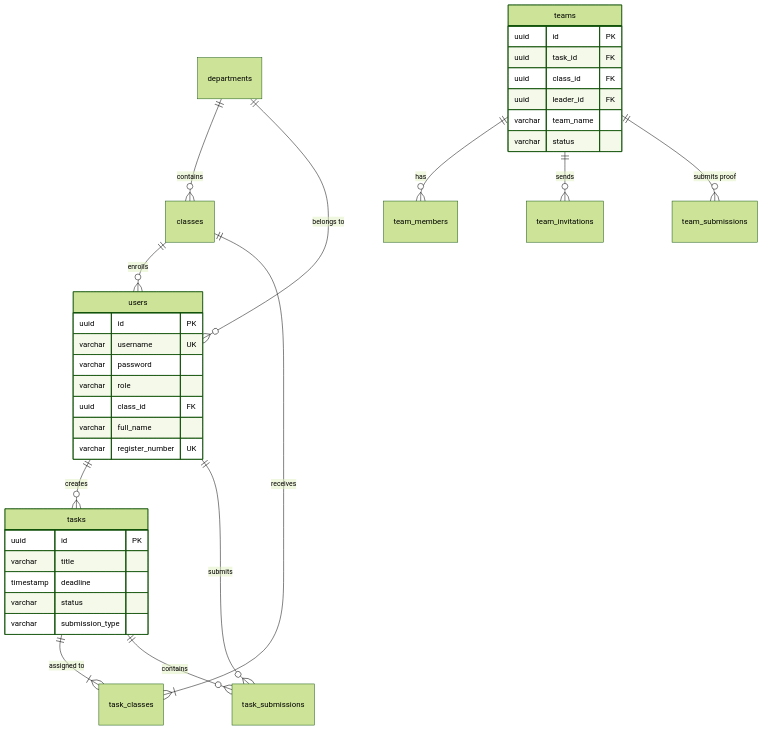
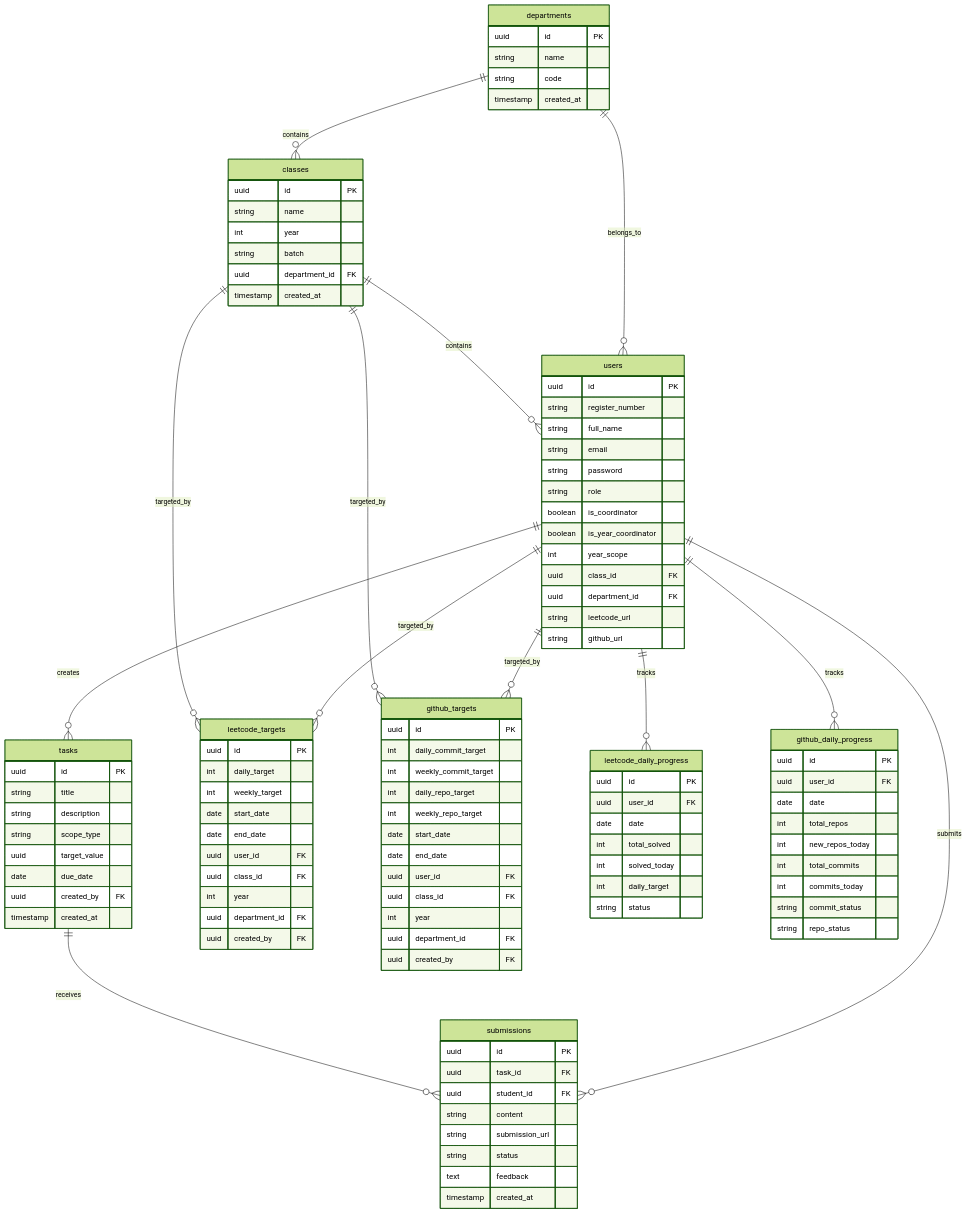
Before and after one commit to Tharun4743/IT_taskmanager: the fourth of 4 diagrams in README.md, drawn with Mermaid (forest theme). The commit also changed other lines of this file and 19 other files, not shown here.

````diff
--- a/README.md
+++ b/README.md
@@ -193,39 +163,119 @@
 ```mermaid
 erDiagram
-    departments ||--o{ classes : "contains"
-    departments ||--o{ users : "belongs to"
-    classes ||--o{ users : "enrolls"
-    users ||--o{ tasks : "creates"
-    tasks ||--|{ task_classes : "assigned to"
-    classes ||--|{ task_classes : "receives"
-    users ||--o{ task_submissions : "submits"
-    tasks ||--o{ task_submissions : "contains"
-    teams ||--o{ team_members : "has"
-    teams ||--o{ team_invitations : "sends"
-    teams ||--o{ team_submissions : "submits proof"
+    departments ||--o{ classes : contains
+    departments ||--o{ users : belongs_to
+    classes ||--o{ users : contains
+    users ||--o{ tasks : creates
+    users ||--o{ submissions : submits
+    tasks ||--o{ submissions : receives
+    users ||--o{ leetcode_targets : targeted_by
+    classes ||--o{ leetcode_targets : targeted_by
+    users ||--o{ github_targets : targeted_by
+    classes ||--o{ github_targets : targeted_by
+    users ||--o{ leetcode_daily_progress : tracks
+    users ||--o{ github_daily_progress : tracks
+
+    departments {
+        uuid id PK
+        string name
+        string code
+        timestamp created_at
+    }
+
+    classes {
+        uuid id PK
+        string name
+        int year
+        string batch
+        uuid department_id FK
+        timestamp created_at
+    }
 
     users {
         uuid id PK
-        varchar username UK
-        varchar password
-        varchar role
+        string register_number
+        string full_name
+        string email
+        string password
+        string role
+        boolean is_coordinator
+        boolean is_year_coordinator
+        int year_scope
         uuid class_id FK
-        varchar full_name
-        varchar register_number UK
+        uuid department_id FK
+        string leetcode_url
+        string github_url
     }
+
     tasks {
         uuid id PK
-        varchar title
-        timestamp deadline
-        varchar status
-        varchar submission_type
+        string title
+        string description
+        string scope_type
+        uuid target_value
+        date due_date
+        uuid created_by FK
+        timestamp created_at
     }
-    teams {
+
+    submissions {
         uuid id PK
         uuid task_id FK
+        uuid student_id FK
+        string content
+        string submission_url
+        string status
+        text feedback
+        timestamp created_at
+    }
+
+    leetcode_targets {
+        uuid id PK
+        int daily_target
+        int weekly_target
+        date start_date
+        date end_date
+        uuid user_id FK
         uuid class_id FK
-        uuid leader_id FK
-        varchar team_name
-        varchar status
+        int year
+        uuid department_id FK
+        uuid created_by FK
+    }
+
+    leetcode_daily_progress {
+        uuid id PK
+        uuid user_id FK
+        date date
+        int total_solved
+        int solved_today
+        int daily_target
+        string status
+    }
+
+    github_targets {
+        uuid id PK
+        int daily_commit_target
+        int weekly_commit_target
+        int daily_repo_target
+        int weekly_repo_target
+        date start_date
+        date end_date
+        uuid user_id FK
+        uuid class_id FK
+        int year
+        uuid department_id FK
+        uuid created_by FK
+    }
+
+    github_daily_progress {
+        uuid id PK
+        uuid user_id FK
+        date date
+        int total_repos
+        int new_repos_today
+        int total_commits
+        int commits_today
+        string commit_status
+        string repo_status
     }
 ```
````
